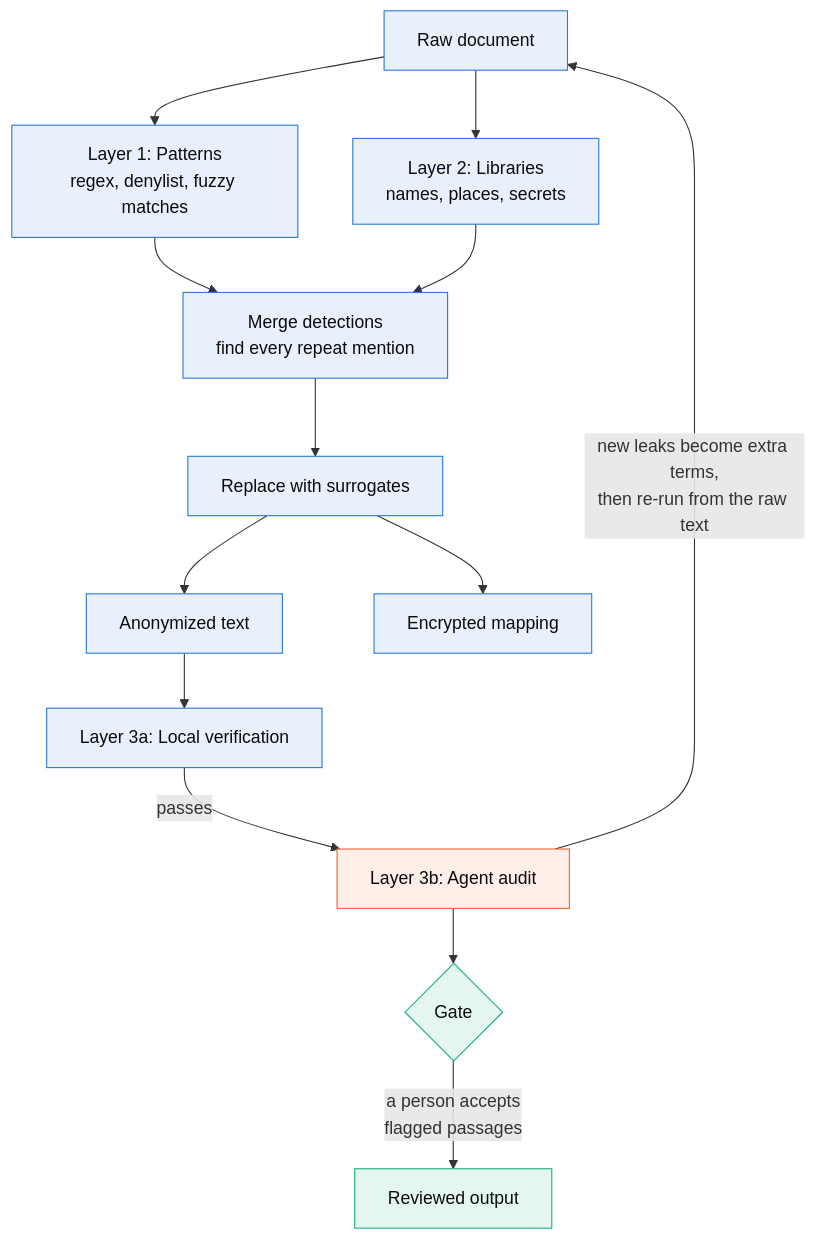
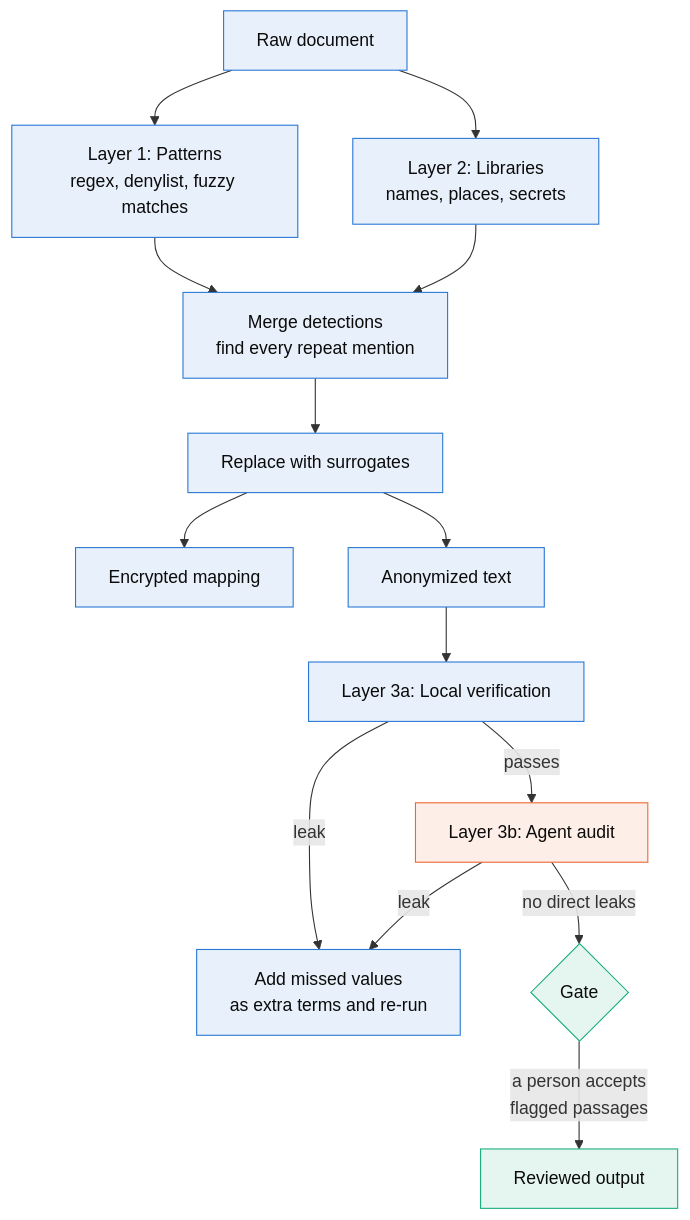
Before and after one commit to jon-chun/hrf_2026_hack-and-tell_anonymizer: the diagram in docs/figures/anonymizer-pipeline.mmd, drawn with Mermaid. The commit also changed 30 other files, not shown here.

```diff
--- a/docs/figures/anonymizer-pipeline.mmd
+++ b/docs/figures/anonymizer-pipeline.mmd
@@ -1,20 +1,21 @@
 graph TD
   A[Raw document] --> B[Layer 1: Patterns<br/>regex, denylist, fuzzy matches]
   A --> C[Layer 2: Libraries<br/>names, places, secrets]
   B --> D[Merge detections<br/>find every repeat mention]
   C --> D
   D --> E[Replace with surrogates]
+  E --> G[Encrypted mapping]
   E --> F[Anonymized text]
-  E --> G[Encrypted mapping]
   F --> H[Layer 3a: Local verification]
+  H -->|leak| X[Add missed values<br/>as extra terms and re-run]
   H -->|passes| I[Layer 3b: Agent audit]
-  I -->|new leaks become extra terms,<br/>then re-run from the raw text| A
-  I --> J{Gate}
+  I -->|leak| X
+  I -->|no direct leaks| J{Gate}
   J -->|a person accepts<br/>flagged passages| K[Reviewed output]
-  class A,B,C,D,E,F,G,H local
+  class A,B,C,D,E,F,G,H,X local
   class I provider
   class J,K human
   classDef local fill:#e8f1fb,stroke:#2a78d6,color:#0b0b0b
   classDef provider fill:#fdeee7,stroke:#eb6834,color:#0b0b0b
   classDef human fill:#e5f6f0,stroke:#1baf7a,color:#0b0b0b
   classDef neutral fill:#f4f3f0,stroke:#8a8983,color:#0b0b0b
```
